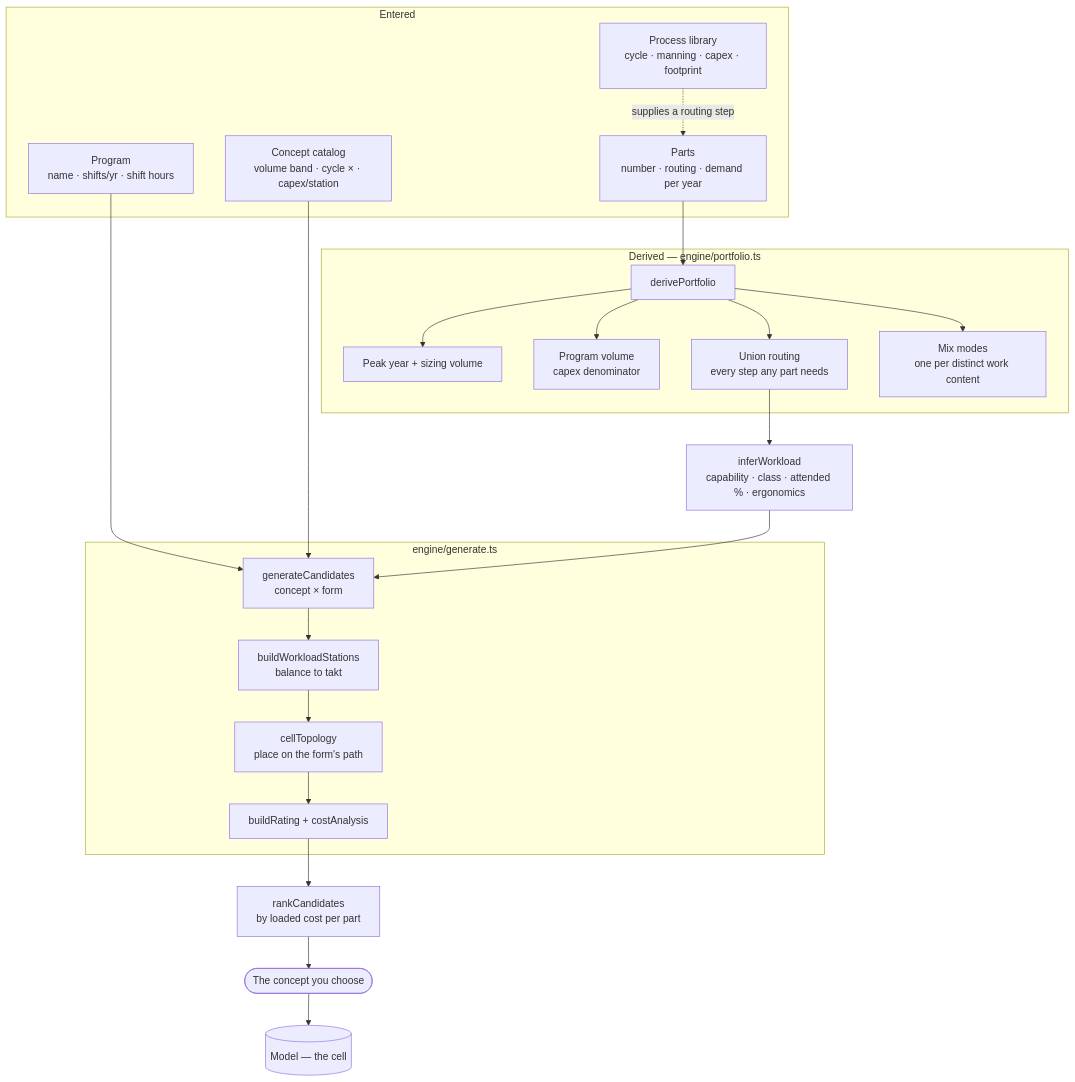
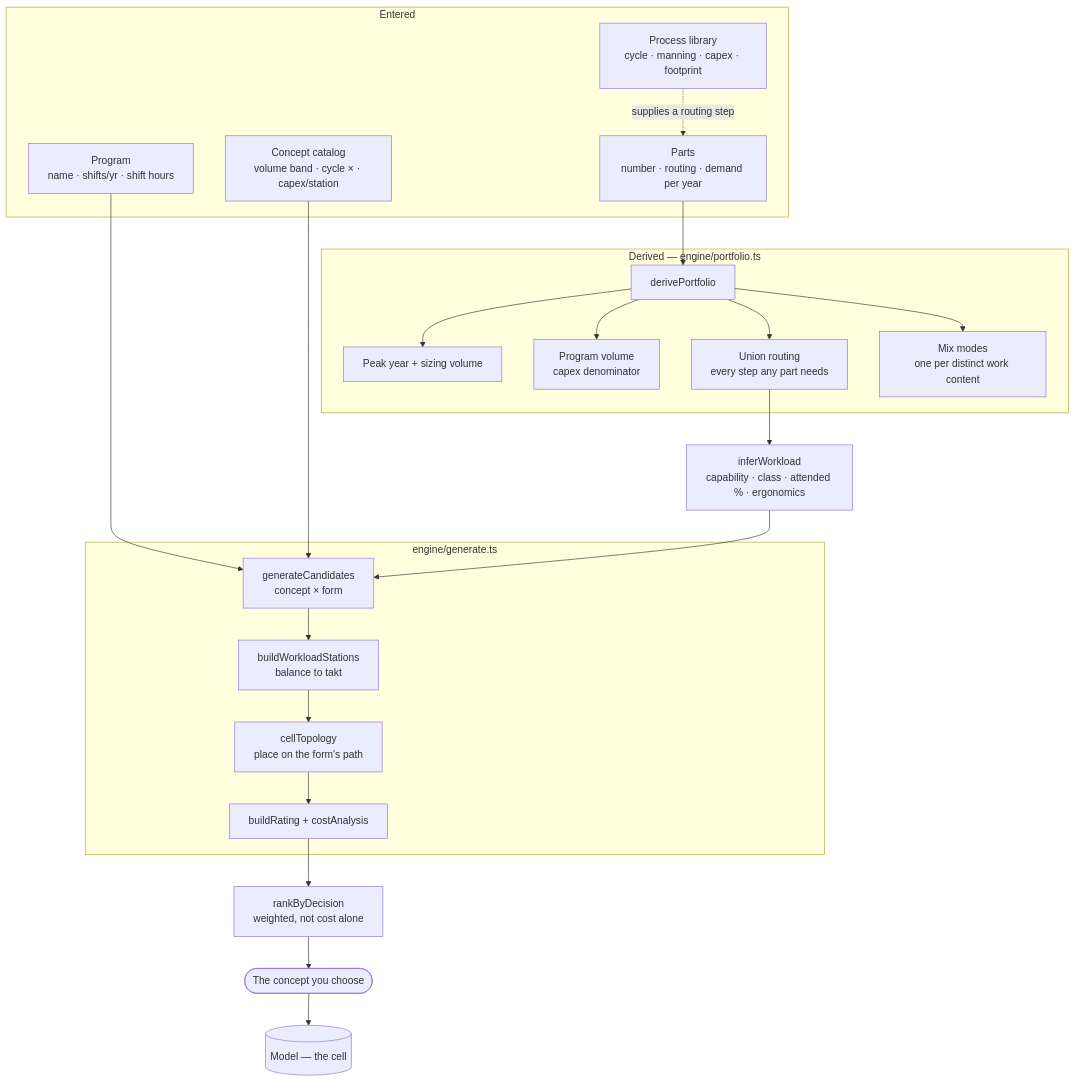
One commit to jakobgabriel/genai4floorplans changed the second of 7 diagrams in docs/app-map.md. Above: the diagram before and after it, drawn with Mermaid. The commit also changed other lines of this file and 14 other files, not shown here.

````diff
--- a/docs/app-map.md
+++ b/docs/app-map.md
@@ -66,39 +68,39 @@
 ```mermaid
 flowchart TD
   subgraph IN["Entered"]
     PARTS[Parts<br/>number · routing · demand per year]
     PROG[Program<br/>name · shifts/yr · shift hours]
     LIBE[Process library<br/>cycle · manning · capex · footprint]
     CONE[Concept catalog<br/>volume band · cycle × · capex/station]
   end
 
   PARTS --> DERIVE
   PROG --> SWEEP
   LIBE -.->|supplies a routing step| PARTS
   CONE --> SWEEP
 
   subgraph DER["Derived — engine/portfolio.ts"]
     DERIVE[derivePortfolio]
     PEAK[Peak year + sizing volume]
     PROGV[Program volume<br/>capex denominator]
     UNION[Union routing<br/>every step any part needs]
     MODES[Mix modes<br/>one per distinct work content]
     DERIVE --> PEAK & PROGV & UNION & MODES
   end
 
   UNION --> INFER[inferWorkload<br/>capability · class · attended % · ergonomics]
   INFER --> SWEEP
 
   subgraph GEN["engine/generate.ts"]
     SWEEP[generateCandidates<br/>concept × form]
     SWEEP --> BUILD[buildWorkloadStations<br/>balance to takt]
     BUILD --> TOPO[cellTopology<br/>place on the form's path]
     TOPO --> SCORE[buildRating + costAnalysis]
   end
 
-  SCORE --> RANK[rankCandidates<br/>by loaded cost per part]
+  SCORE --> RANK["rankByDecision<br/>weighted, not cost alone"]
   RANK --> PICK([The concept you choose])
   PICK --> MODEL[(Model — the cell)]
 
   classDef x fill:#161616,stroke:#525252,color:#c6c6c6
 ```
````
